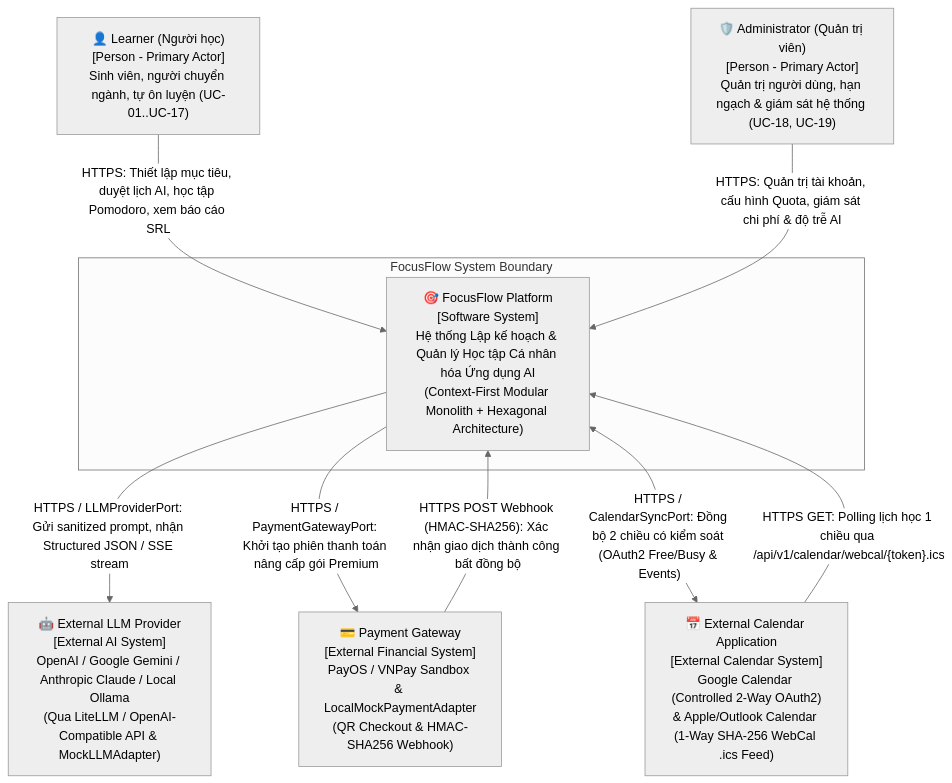
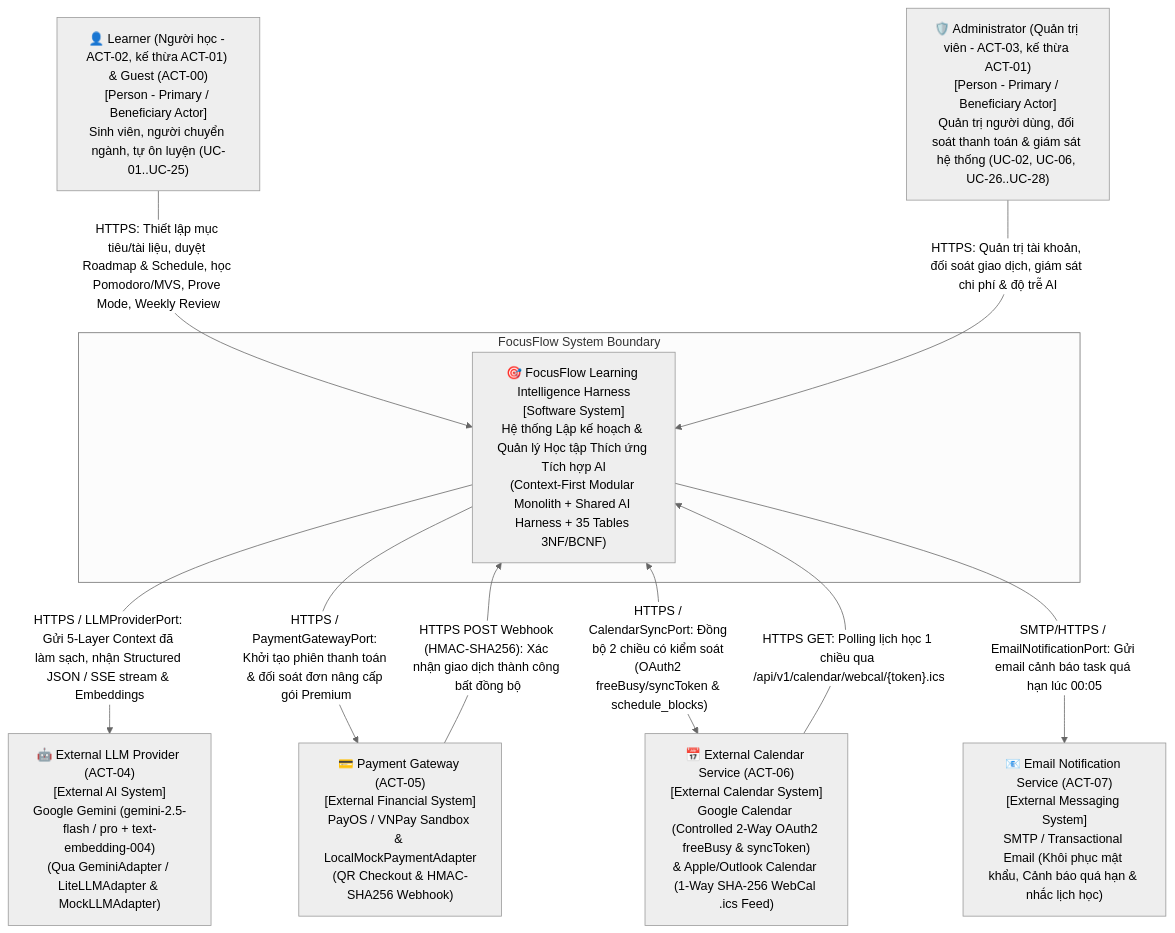
One commit to Coffat/FocusFlow changed the first of 2 diagrams in docs/architecture/system-architecture.md. Above: the diagram before and after it, drawn with Mermaid (neutral theme). The commit also changed other lines of this file and 15 other files, not shown here.

Commit message:
docs(architecture): update system architecture, C4 components, AI harness, and ADR records

````diff
--- a/docs/architecture/system-architecture.md
+++ b/docs/architecture/system-architecture.md
@@ -91,21 +100,23 @@
 ```mermaid
 flowchart TD
-    Learner["👤 Learner (Người học)<br/>[Person - Primary Actor]<br/>Sinh viên, người chuyển ngành, tự ôn luyện (UC-01..UC-17)"]
-    Admin["🛡️ Administrator (Quản trị viên)<br/>[Person - Primary Actor]<br/>Quản trị người dùng, hạn ngạch & giám sát hệ thống (UC-18, UC-19)"]
+    Learner["👤 Learner (Người học - ACT-02, kế thừa ACT-01) & Guest (ACT-00)<br/>[Person - Primary / Beneficiary Actor]<br/>Sinh viên, người chuyển ngành, tự ôn luyện (UC-01..UC-25)"]
+    Admin["🛡️ Administrator (Quản trị viên - ACT-03, kế thừa ACT-01)<br/>[Person - Primary / Beneficiary Actor]<br/>Quản trị người dùng, đối soát thanh toán & giám sát hệ thống (UC-02, UC-06, UC-26..UC-28)"]
     
     subgraph Boundary["FocusFlow System Boundary"]
-        FocusFlow["🎯 FocusFlow Platform<br/>[Software System]<br/>Hệ thống Lập kế hoạch & Quản lý Học tập Cá nhân hóa Ứng dụng AI<br/>(Context-First Modular Monolith + Hexagonal Architecture)"]
+        FocusFlow["🎯 FocusFlow Learning Intelligence Harness<br/>[Software System]<br/>Hệ thống Lập kế hoạch & Quản lý Học tập Thích ứng Tích hợp AI<br/>(Context-First Modular Monolith + Shared AI Harness + 35 Tables 3NF/BCNF)"]
     end
     
-    LLM["🤖 External LLM Provider<br/>[External AI System]<br/>OpenAI / Google Gemini / Anthropic Claude / Local Ollama<br/>(Qua LiteLLM / OpenAI-Compatible API & MockLLMAdapter)"]
-    PayGW["💳 Payment Gateway<br/>[External Financial System]<br/>PayOS / VNPay Sandbox & LocalMockPaymentAdapter<br/>(QR Checkout & HMAC-SHA256 Webhook)"]
-    ExtCal["📅 External Calendar Application<br/>[External Calendar System]<br/>Google Calendar (Controlled 2-Way OAuth2)<br/>& Apple/Outlook Calendar (1-Way SHA-256 WebCal .ics Feed)"]
+    LLM["🤖 External LLM Provider (ACT-04)<br/>[External AI System]<br/>Google Gemini (gemini-2.5-flash / pro + text-embedding-004)<br/>(Qua GeminiAdapter / LiteLLMAdapter & MockLLMAdapter)"]
+    PayGW["💳 Payment Gateway (ACT-05)<br/>[External Financial System]<br/>PayOS / VNPay Sandbox & LocalMockPaymentAdapter<br/>(QR Checkout & HMAC-SHA256 Webhook)"]
+    ExtCal["📅 External Calendar Service (ACT-06)<br/>[External Calendar System]<br/>Google Calendar (Controlled 2-Way OAuth2 freeBusy & syncToken)<br/>& Apple/Outlook Calendar (1-Way SHA-256 WebCal .ics Feed)"]
+    EmailSvc["📧 Email Notification Service (ACT-07)<br/>[External Messaging System]<br/>SMTP / Transactional Email (Khôi phục mật khẩu, Cảnh báo quá hạn & nhắc lịch học)"]
 
-    Learner -->|"HTTPS: Thiết lập mục tiêu, duyệt lịch AI, học tập Pomodoro, xem báo cáo SRL"| FocusFlow
-    Admin -->|"HTTPS: Quản trị tài khoản, cấu hình Quota, giám sát chi phí & độ trễ AI"| FocusFlow
-    FocusFlow -->|"HTTPS / LLMProviderPort: Gửi sanitized prompt, nhận Structured JSON / SSE stream"| LLM
-    FocusFlow -->|"HTTPS / PaymentGatewayPort: Khởi tạo phiên thanh toán nâng cấp gói Premium"| PayGW
+    Learner -->|"HTTPS: Thiết lập mục tiêu/tài liệu, duyệt Roadmap & Schedule, học Pomodoro/MVS, Prove Mode, Weekly Review"| FocusFlow
+    Admin -->|"HTTPS: Quản trị tài khoản, đối soát giao dịch, giám sát chi phí & độ trễ AI"| FocusFlow
+    FocusFlow -->|"HTTPS / LLMProviderPort: Gửi 5-Layer Context đã làm sạch, nhận Structured JSON / SSE stream & Embeddings"| LLM
+    FocusFlow -->|"HTTPS / PaymentGatewayPort: Khởi tạo phiên thanh toán & đối soát đơn nâng cấp gói Premium"| PayGW
     PayGW -->|"HTTPS POST Webhook (HMAC-SHA256): Xác nhận giao dịch thành công bất đồng bộ"| FocusFlow
-    FocusFlow <-->|"HTTPS / CalendarSyncPort: Đồng bộ 2 chiều có kiểm soát (OAuth2 Free/Busy & Events)"| ExtCal
+    FocusFlow <-->|"HTTPS / CalendarSyncPort: Đồng bộ 2 chiều có kiểm soát (OAuth2 freeBusy/syncToken & schedule_blocks)"| ExtCal
     ExtCal -->|"HTTPS GET: Polling lịch học 1 chiều qua /api/v1/calendar/webcal/{token}.ics"| FocusFlow
+    FocusFlow -->|"SMTP/HTTPS / EmailNotificationPort: Gửi email cảnh báo task quá hạn lúc 00:05"| EmailSvc
 ```
````
